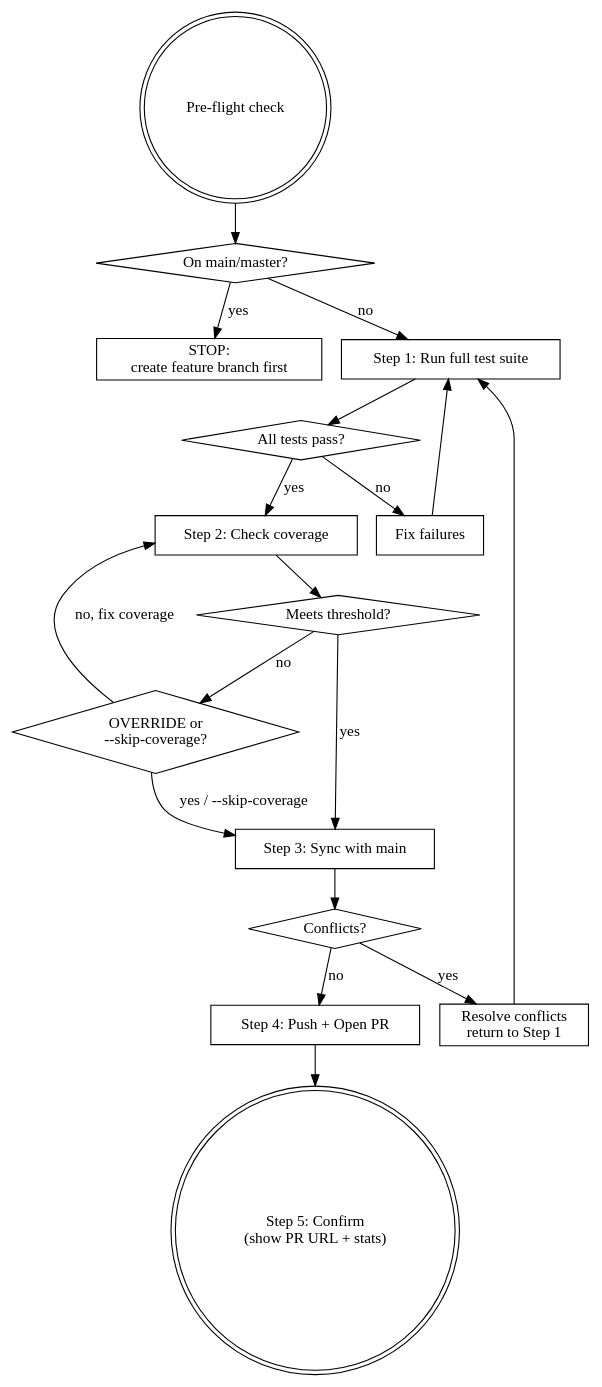
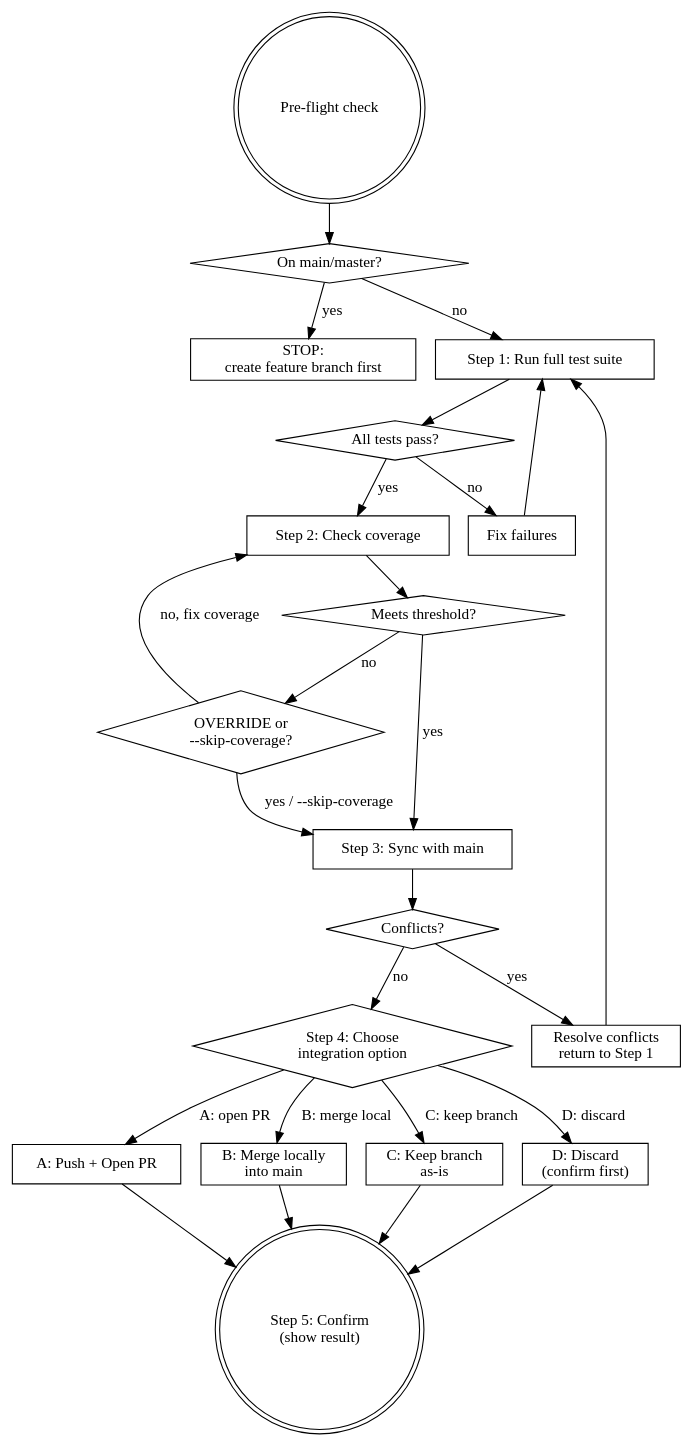
Before and after one commit to zmzhace/fullstack-skills: the diagram in skills/ship/SKILL.md, drawn with Graphviz. The commit also changed other lines of this file and 3 other files, not shown here.

````diff
--- a/skills/ship/SKILL.md
+++ b/skills/ship/SKILL.md
@@ -12,37 +12,48 @@
 ```dot
 digraph ship {
     rankdir=TB;
     start   [label="Pre-flight check", shape=doublecircle];
     branch  [label="On main/master?", shape=diamond];
     stop    [label="STOP:\ncreate feature branch first", shape=box];
     step1   [label="Step 1: Run full test suite", shape=box];
     pass    [label="All tests pass?", shape=diamond];
     fix     [label="Fix failures", shape=box];
     step2   [label="Step 2: Check coverage", shape=box];
     thresh  [label="Meets threshold?", shape=diamond];
     over    [label="OVERRIDE or\n--skip-coverage?", shape=diamond];
     step3   [label="Step 3: Sync with main", shape=box];
     conf    [label="Conflicts?", shape=diamond];
     resolve [label="Resolve conflicts\nreturn to Step 1", shape=box];
-    step4   [label="Step 4: Push + Open PR", shape=box];
-    step5   [label="Step 5: Confirm\n(show PR URL + stats)", shape=doublecircle];
+    choose  [label="Step 4: Choose\nintegration option", shape=diamond];
+    pr      [label="A: Push + Open PR", shape=box];
+    merge   [label="B: Merge locally\ninto main", shape=box];
+    keep    [label="C: Keep branch\nas-is", shape=box];
+    discard [label="D: Discard\n(confirm first)", shape=box];
+    step5   [label="Step 5: Confirm\n(show result)", shape=doublecircle];
 
     start -> branch;
     branch -> stop [label="yes"];
     branch -> step1 [label="no"];
     step1 -> pass;
     pass -> fix [label="no"];
     fix -> step1;
     pass -> step2 [label="yes"];
     step2 -> thresh;
     thresh -> step3 [label="yes"];
     thresh -> over [label="no"];
     over -> step3 [label="yes / --skip-coverage"];
     over -> step2 [label="no, fix coverage"];
     step3 -> conf;
     conf -> resolve [label="yes"];
     resolve -> step1;
-    conf -> step4 [label="no"];
-    step4 -> step5;
+    conf -> choose [label="no"];
+    choose -> pr [label="A: open PR"];
+    choose -> merge [label="B: merge local"];
+    choose -> keep [label="C: keep branch"];
+    choose -> discard [label="D: discard"];
+    pr -> step5;
+    merge -> step5;
+    keep -> step5;
+    discard -> step5;
 }
 ```
````
